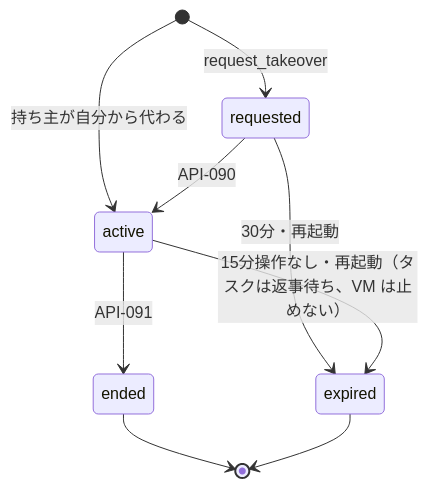
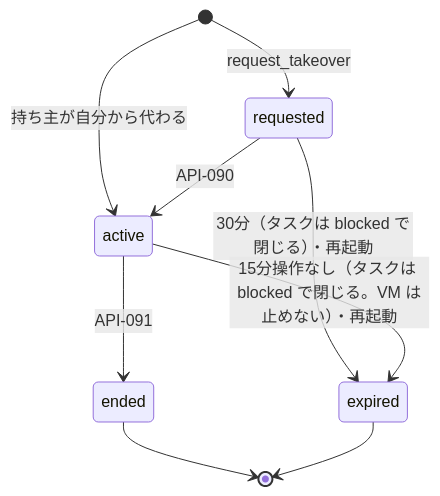
Before and after one commit to itiwoja/agent-team: the eighth of 12 diagrams in docs/design/10_diagrams/states.md, drawn with Mermaid. The commit also changed other lines of this file and 32 other files, not shown here.

````diff
--- a/docs/design/10_diagrams/states.md
+++ b/docs/design/10_diagrams/states.md
@@ -94,11 +97,11 @@
 ```mermaid
 stateDiagram-v2
  [*] --> requested : request_takeover
  [*] --> active : 持ち主が自分から代わる
  requested --> active : API-090
- requested --> expired : 30分・再起動
+ requested --> expired : 30分（タスクは blocked で閉じる）・再起動
  active --> ended : API-091
- active --> expired : 15分操作なし・再起動（タスクは返事待ち、VM は止めない）
+ active --> expired : 15分操作なし（タスクは blocked で閉じる。VM は止めない）・再起動
  ended --> [*]
  expired --> [*]
 ```
````
